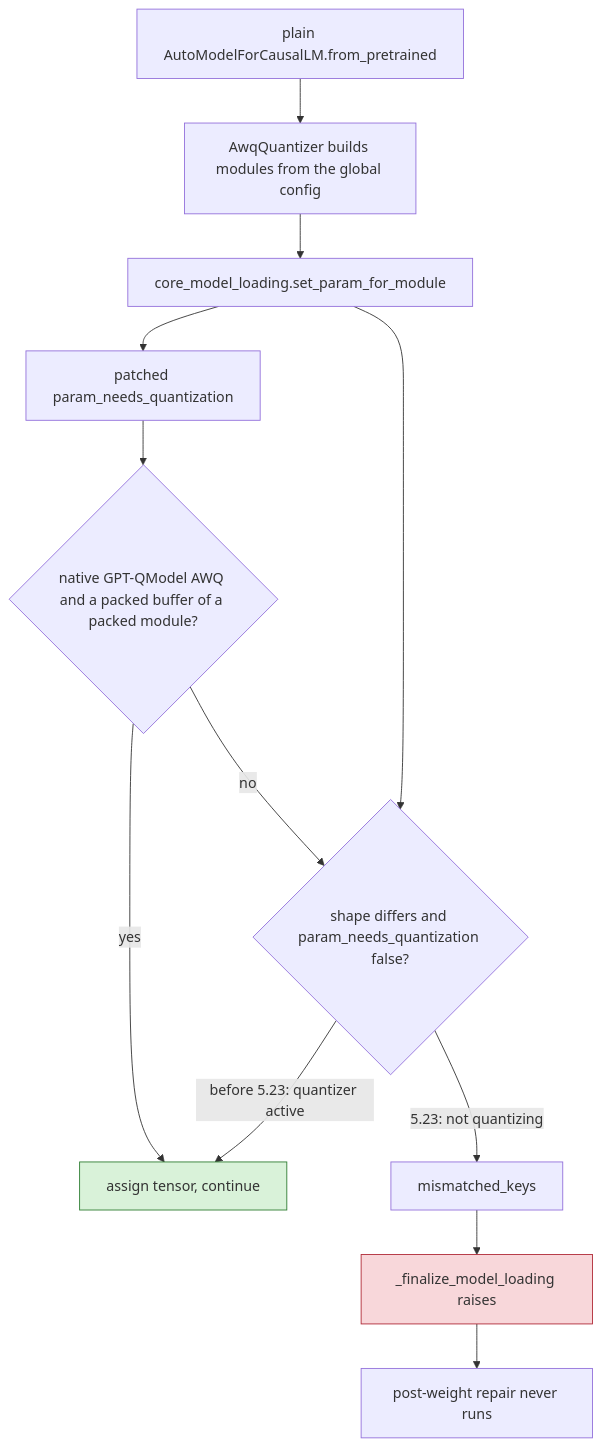
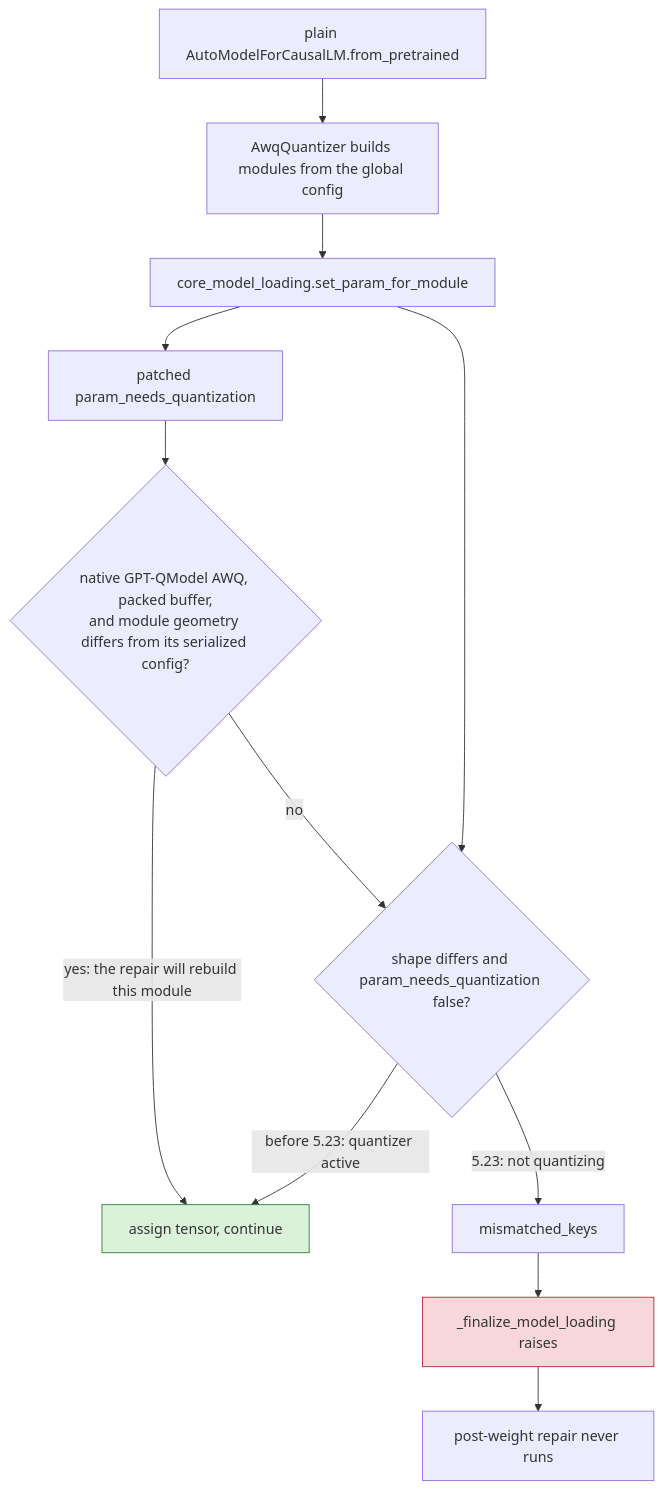
One commit to ModelCloud/GPTQModel changed the fifth of 11 diagrams in docs/hf-interop.md. Above: the diagram before and after it, drawn with Mermaid. The commit also changed other lines of this file and 3 other files, not shown here.

First line of the commit message:
fix(awq): only tolerate packed-shape mismatches the repair rebuilds (#5345)

````diff
--- a/docs/hf-interop.md
+++ b/docs/hf-interop.md
@@ -176,16 +176,16 @@
 ```mermaid
 flowchart TD
     A["plain AutoModelForCausalLM.from_pretrained"] --> B["AwqQuantizer builds modules from the global config"]
     B --> C["core_model_loading.set_param_for_module"]
     C --> D{"shape differs and param_needs_quantization false?"}
     D -->|"before 5.23: quantizer active"| E["assign tensor, continue"]
     D -->|"5.23: not quantizing"| F["mismatched_keys"]
     F --> G["_finalize_model_loading raises"]
     G --> H["post-weight repair never runs"]
     C --> I["patched param_needs_quantization"]
-    I --> J{"native GPT-QModel AWQ and a packed buffer of a packed module?"}
-    J -->|"yes"| E
+    I --> J{"native GPT-QModel AWQ, packed buffer,<br/>and module geometry differs from its serialized config?"}
+    J -->|"yes: the repair will rebuild this module"| E
     J -->|"no"| D
     style G fill:#f8d7da,stroke:#b02a37
     style E fill:#d9f2d9,stroke:#2e7d32
 ```
````
